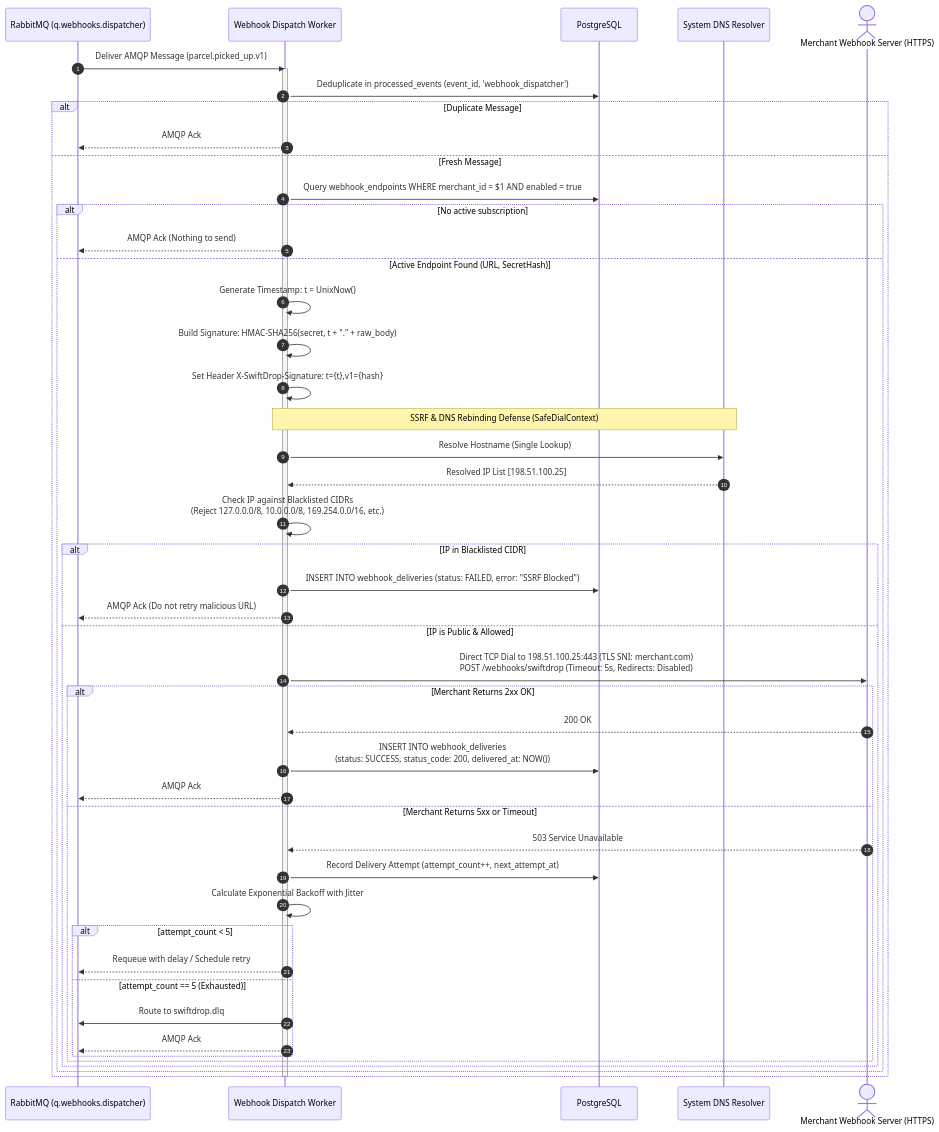
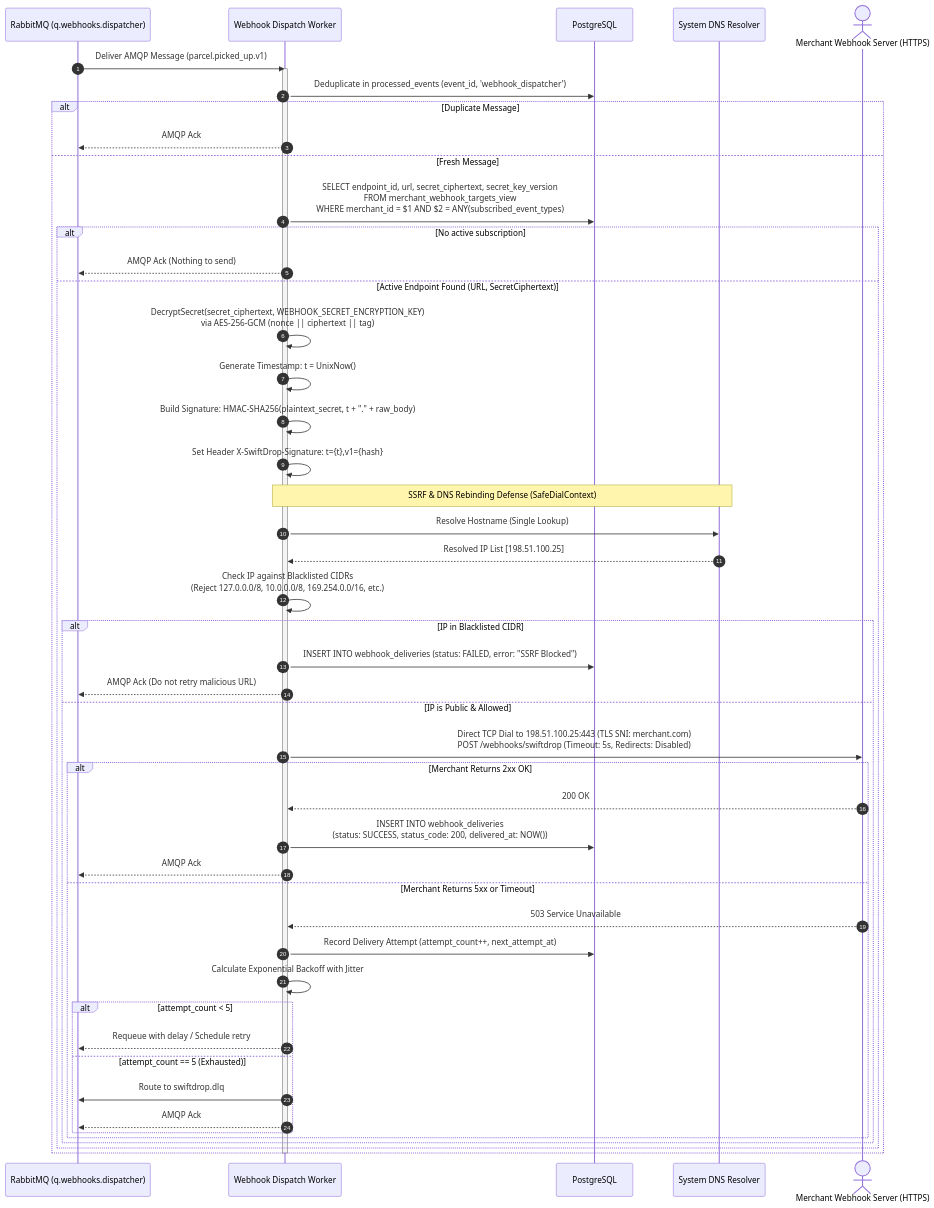
The sixth of 8 diagrams in docs/drafts/member-08-events-messaging/doc-02-functional-flows-and-business-rules.md (phantomTroupeEAD/SwiftDrop), drawn with Mermaid before and after one commit. The commit also changed other lines of this file and 7 other files, not shown here.

````diff
--- a/docs/drafts/member-08-events-messaging/doc-02-functional-flows-and-business-rules.md
+++ b/docs/drafts/member-08-events-messaging/doc-02-functional-flows-and-business-rules.md
@@ -228,57 +228,58 @@
 ```mermaid
 sequenceDiagram
     autonumber
     participant Broker as RabbitMQ (q.webhooks.dispatcher)
     participant Worker as Webhook Dispatch Worker
     participant DB as PostgreSQL
     participant DNS as System DNS Resolver
     actor MerchantWH as Merchant Webhook Server (HTTPS)
 
     Broker->>Worker: Deliver AMQP Message (parcel.picked_up.v1)
     activate Worker
     Worker->>DB: Deduplicate in processed_events (event_id, 'webhook_dispatcher')
     
     alt Duplicate Message
         Worker-->>Broker: AMQP Ack
     else Fresh Message
-        Worker->>DB: Query webhook_endpoints WHERE merchant_id = $1 AND enabled = true
+        Worker->>DB: SELECT endpoint_id, url, secret_ciphertext, secret_key_version<br/>FROM merchant_webhook_targets_view<br/>WHERE merchant_id = $1 AND $2 = ANY(subscribed_event_types)
         
         alt No active subscription
             Worker-->>Broker: AMQP Ack (Nothing to send)
-        else Active Endpoint Found (URL, SecretHash)
+        else Active Endpoint Found (URL, SecretCiphertext)
+            Worker->>Worker: DecryptSecret(secret_ciphertext, WEBHOOK_SECRET_ENCRYPTION_KEY)<br/>via AES-256-GCM (nonce || ciphertext || tag)
             Worker->>Worker: Generate Timestamp: t = UnixNow()
-            Worker->>Worker: Build Signature: HMAC-SHA256(secret, t + "." + raw_body)
+            Worker->>Worker: Build Signature: HMAC-SHA256(plaintext_secret, t + "." + raw_body)
             Worker->>Worker: Set Header X-SwiftDrop-Signature: t={t},v1={hash}
             
             Note over Worker,DNS: SSRF & DNS Rebinding Defense (SafeDialContext)
             Worker->>DNS: Resolve Hostname (Single Lookup)
             DNS-->>Worker: Resolved IP List [198.51.100.25]
             Worker->>Worker: Check IP against Blacklisted CIDRs<br/>(Reject 127.0.0.0/8, 10.0.0.0/8, 169.254.0.0/16, etc.)
             
             alt IP in Blacklisted CIDR
                 Worker->>DB: INSERT INTO webhook_deliveries (status: FAILED, error: "SSRF Blocked")
                 Worker-->>Broker: AMQP Ack (Do not retry malicious URL)
             else IP is Public & Allowed
                 Worker->>MerchantWH: Direct TCP Dial to 198.51.100.25:443 (TLS SNI: merchant.com)<br/>POST /webhooks/swiftdrop (Timeout: 5s, Redirects: Disabled)
                 
                 alt Merchant Returns 2xx OK
                     MerchantWH-->>Worker: 200 OK
                     Worker->>DB: INSERT INTO webhook_deliveries<br/>(status: SUCCESS, status_code: 200, delivered_at: NOW())
                     Worker-->>Broker: AMQP Ack
                 else Merchant Returns 5xx or Timeout
                     MerchantWH-->>Worker: 503 Service Unavailable
                     Worker->>DB: Record Delivery Attempt (attempt_count++, next_attempt_at)
                     Worker->>Worker: Calculate Exponential Backoff with Jitter
                     
                     alt attempt_count < 5
                         Worker-->>Broker: Requeue with delay / Schedule retry
                     else attempt_count == 5 (Exhausted)
                         Worker->>Broker: Route to swiftdrop.dlq
                         Worker-->>Broker: AMQP Ack
                     end
                 end
             end
         end
     end
     deactivate Worker
 ```
````
